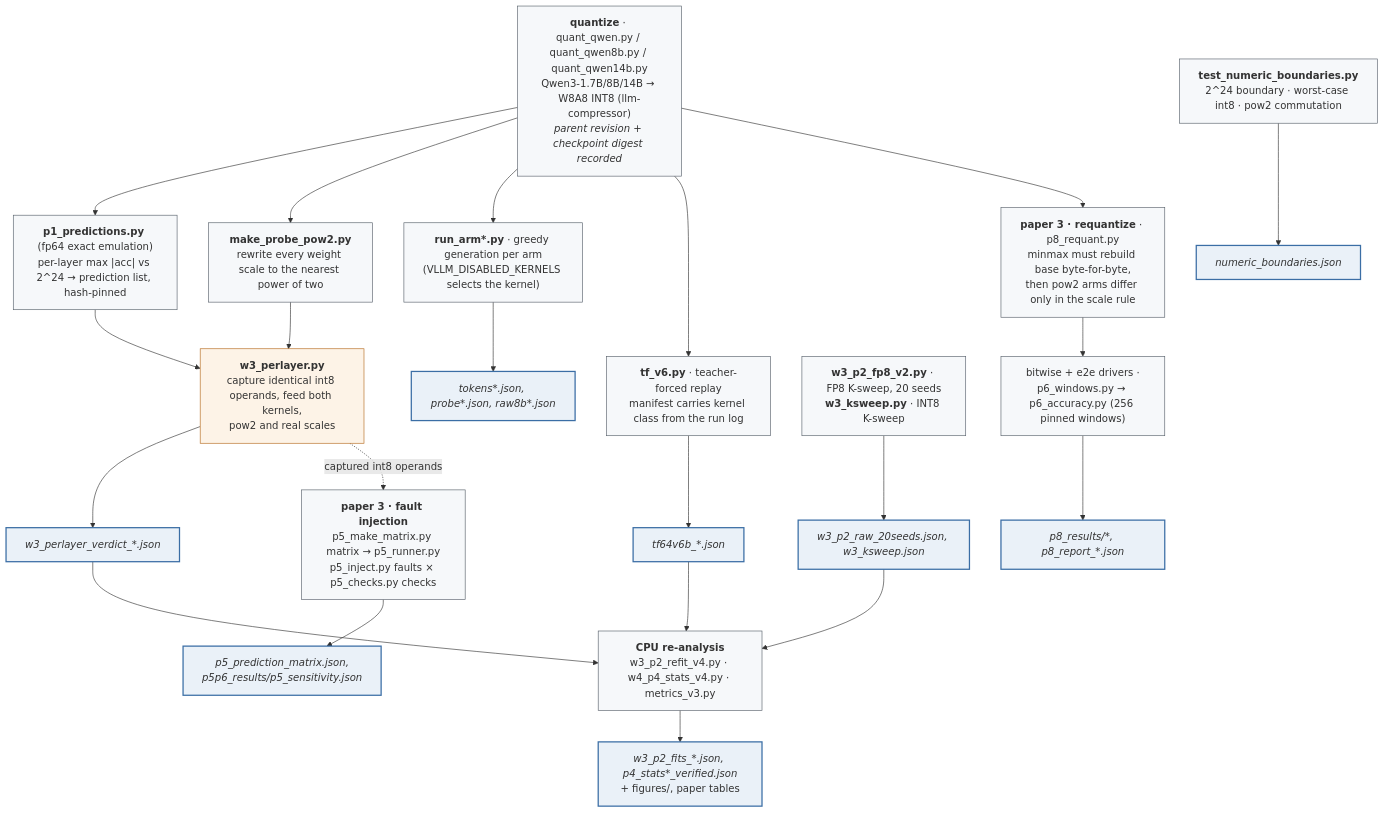
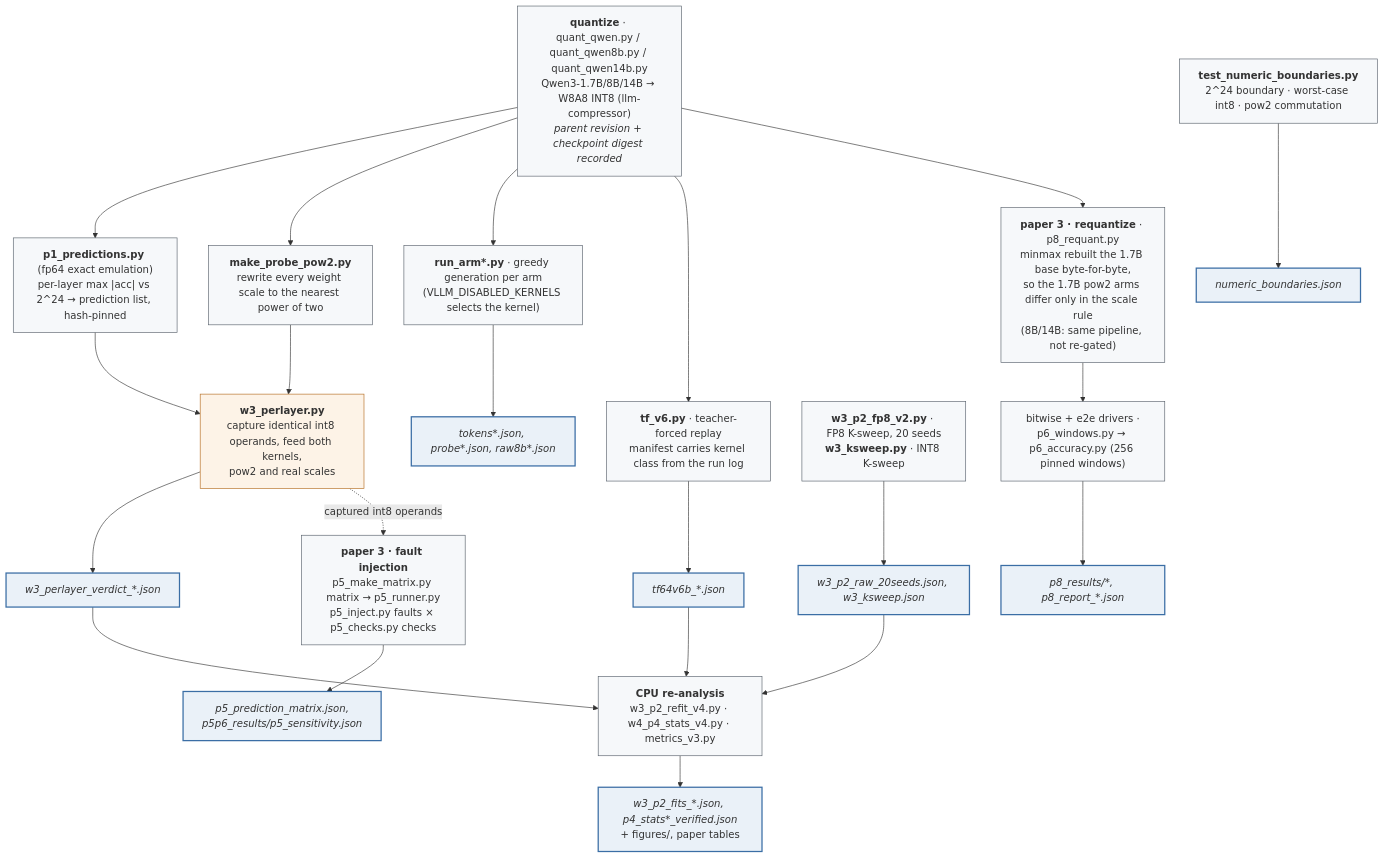
Before and after one commit to luka-krixvon/deterministic-int8-llm-inference: the diagram in README.md, drawn with Mermaid. The commit also changed other lines of this file and 13 other files, not shown here.

````diff
--- a/README.md
+++ b/README.md
@@ -216,28 +227,28 @@
 ```mermaid
 flowchart TD
     Q["<b>quantize</b> · quant_qwen.py / quant_qwen8b.py / quant_qwen14b.py<br/>Qwen3-1.7B/8B/14B → W8A8 INT8 (llm-compressor)<br/><i>parent revision + checkpoint digest recorded</i>"] --> P1
     Q --> PR["<b>make_probe_pow2.py</b><br/>rewrite every weight scale to the nearest power of two"]
     P1["<b>p1_predictions.py</b> (fp64 exact emulation)<br/>per-layer max |acc| vs 2^24 → prediction list, hash-pinned"] --> V
     PR --> V
     V["<b>w3_perlayer.py</b><br/>capture identical int8 operands, feed both kernels,<br/>pow2 and real scales"] --> A1["<i>w3_perlayer_verdict_*.json</i>"]
     Q --> E2E["<b>run_arm*.py</b> · greedy generation per arm<br/>(VLLM_DISABLED_KERNELS selects the kernel)"]
     E2E --> A2["<i>tokens*.json, probe*.json, raw8b*.json</i>"]
     Q --> TF["<b>tf_v6.py</b> · teacher-forced replay<br/>manifest carries kernel class from the run log"]
     TF --> A3["<i>tf64v6b_*.json</i>"]
     KS["<b>w3_p2_fp8_v2.py</b> · FP8 K-sweep, 20 seeds<br/><b>w3_ksweep.py</b> · INT8 K-sweep"] --> A4["<i>w3_p2_raw_20seeds.json, w3_ksweep.json</i>"]
     BD["<b>test_numeric_boundaries.py</b><br/>2^24 boundary · worst-case int8 · pow2 commutation"] --> A5["<i>numeric_boundaries.json</i>"]
     A1 --> AN["<b>CPU re-analysis</b><br/>w3_p2_refit_v4.py · w4_p4_stats_v4.py · metrics_v3.py"]
     A3 --> AN
     A4 --> AN
     AN --> OUT["<i>w3_p2_fits_*.json, p4_stats*_verified.json</i><br/>+ figures/, paper tables"]
     V -. captured int8 operands .-> P5["<b>paper 3 · fault injection</b><br/>p5_make_matrix.py matrix → p5_runner.py<br/>p5_inject.py faults × p5_checks.py checks"]
     P5 --> A6["<i>p5_prediction_matrix.json,<br/>p5p6_results/p5_sensitivity.json</i>"]
-    Q --> P8["<b>paper 3 · requantize</b> · p8_requant.py<br/>minmax must rebuild base byte-for-byte,<br/>then pow2 arms differ only in the scale rule"]
+    Q --> P8["<b>paper 3 · requantize</b> · p8_requant.py<br/>minmax rebuilt the 1.7B base byte-for-byte,<br/>so the 1.7B pow2 arms differ only in the scale rule<br/>(8B/14B: same pipeline, not re-gated)"]
     P8 --> P8M["bitwise + e2e drivers ·<br/>p6_windows.py → p6_accuracy.py (256 pinned windows)"]
     P8M --> A7["<i>p8_results/*, p8_report_*.json</i>"]
     class A6,A7 data; class P5,P8,P8M code;
     classDef data fill:#eaf1f8,stroke:#3b6ea5,stroke-width:2px;
     classDef code fill:#f6f8fa,stroke:#57606a;
     classDef hub fill:#fdf3e7,stroke:#b46a1e;
     class A1,A2,A3,A4,A5,OUT data; class Q,P1,PR,V,E2E,TF,KS,BD,AN code; class V hub;
 ```
````
